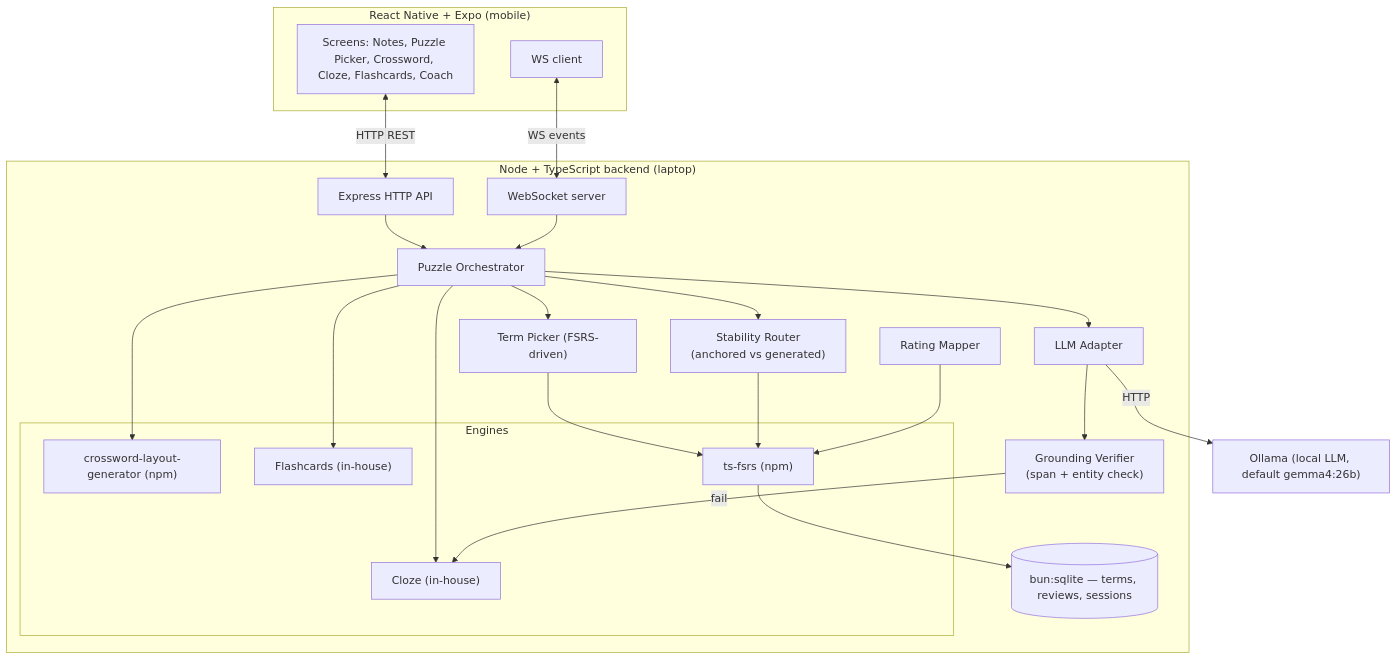
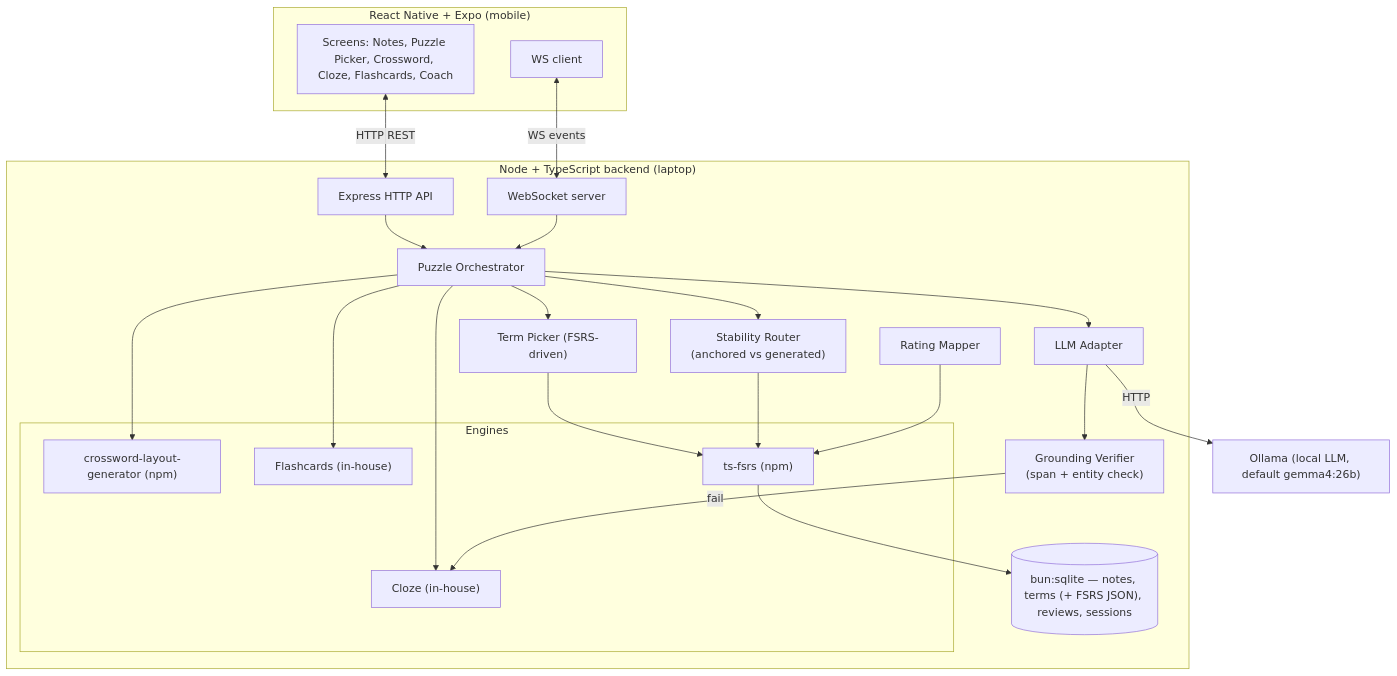
Before and after one commit to benja0rtzzz/pachu: the first of 2 diagrams in docs/PLAN.md, drawn with Mermaid. The commit also changed other lines of this file and 13 other files, not shown here.

Commit message:
feat: Modified schema and added db logic.

````diff
--- a/docs/PLAN.md
+++ b/docs/PLAN.md
@@ -14,45 +14,45 @@
 ```mermaid
 flowchart TB
     subgraph Mobile["React Native + Expo (mobile)"]
         UI[Screens: Notes, Puzzle Picker, Crossword, Cloze, Flashcards, Coach]
         WSClient[WS client]
     end
 
     subgraph Backend["Node + TypeScript backend (laptop)"]
         HTTP[Express HTTP API]
         WS[WebSocket server]
         Orchestrator[Puzzle Orchestrator]
         TermPicker["Term Picker (FSRS-driven)"]
         StabilityRouter["Stability Router<br/>(anchored vs generated)"]
         RatingMapper[Rating Mapper]
         LLMAdapter[LLM Adapter]
         Verifier["Grounding Verifier<br/>(span + entity check)"]
         subgraph Embedded["Engines"]
             CL["crossword-layout-generator (npm)"]
             CZ["Cloze (in-house)"]
             FC["Flashcards (in-house)"]
             FSRS["ts-fsrs (npm)"]
         end
-        Store[("bun:sqlite — terms, reviews, sessions")]
+        Store[("bun:sqlite — notes, terms (+ FSRS JSON), reviews, sessions")]
     end
 
     Ollama["Ollama (local LLM, default gemma4:26b)"]
 
     UI <-->|HTTP REST| HTTP
     WSClient <-->|WS events| WS
     HTTP --> Orchestrator
     WS --> Orchestrator
     Orchestrator --> TermPicker
     Orchestrator --> StabilityRouter
     Orchestrator --> LLMAdapter
     Orchestrator --> CL
     Orchestrator --> CZ
     Orchestrator --> FC
     LLMAdapter --> Verifier
     Verifier -->|fail| CZ
     TermPicker --> FSRS
     StabilityRouter --> FSRS
     RatingMapper --> FSRS
     FSRS --> Store
     LLMAdapter -->|HTTP| Ollama
 ```
````
